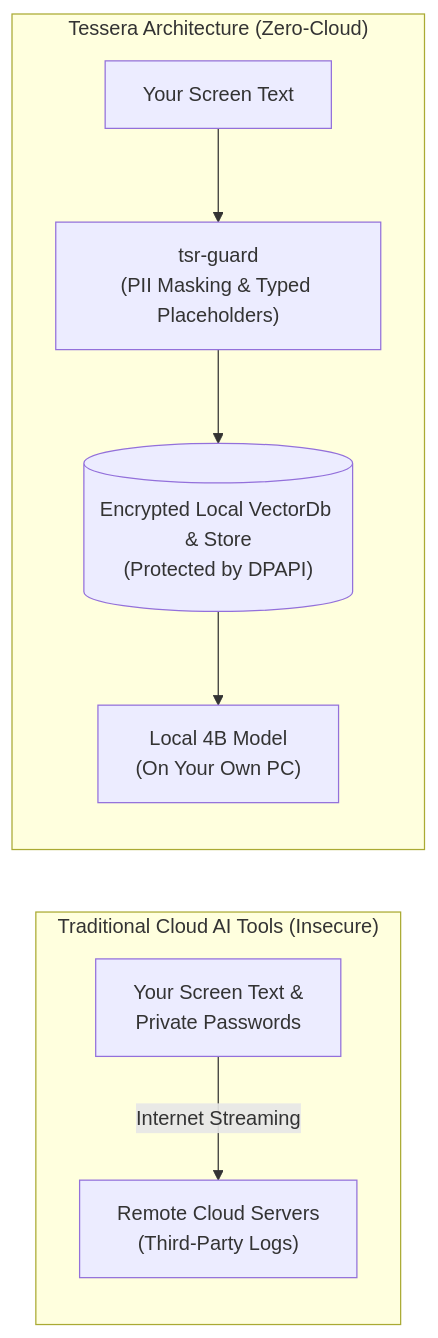
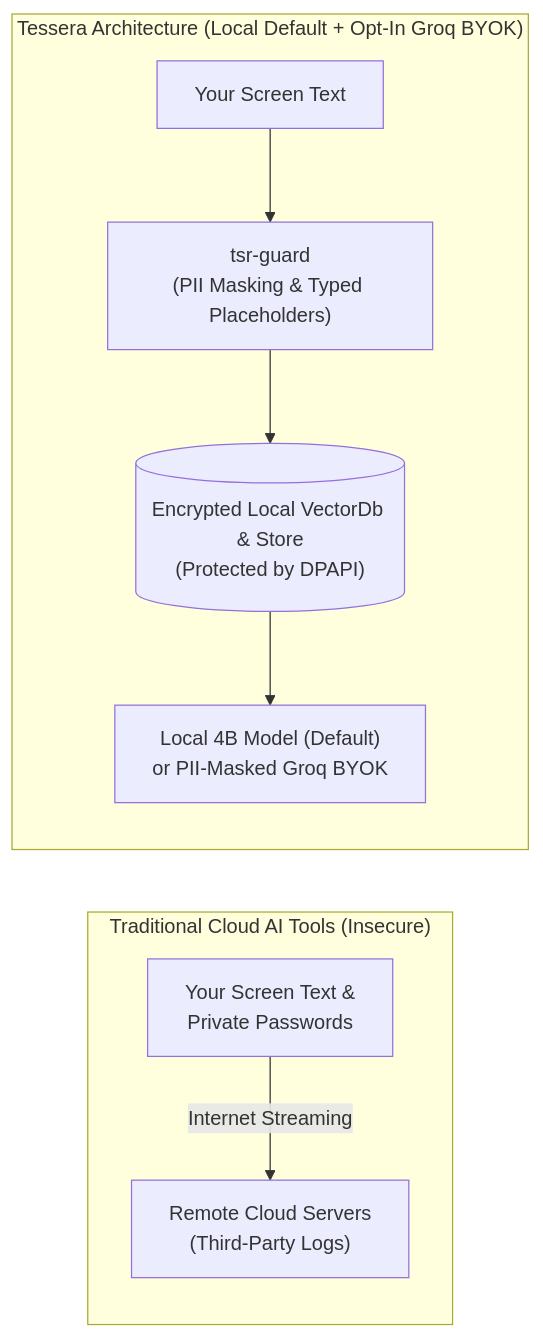
Before and after one commit to webex042/Tessera: the diagram in docs-site/privacy/index.md, drawn with Mermaid. The commit also changed other lines of this file and 61 other files, not shown here.

````diff
--- a/docs-site/privacy/index.md
+++ b/docs-site/privacy/index.md
@@ -16,12 +16,12 @@
 ```mermaid
 flowchart LR
     subgraph CLOUD ["Traditional Cloud AI Tools (Insecure)"]
         SCREEN1["Your Screen Text &\nPrivate Passwords"] --> |Internet Streaming| CLOUD_SERVER["Remote Cloud Servers\n(Third-Party Logs)"]
     end
 
-    subgraph TESSERA ["Tessera Architecture (Zero-Cloud)"]
+    subgraph TESSERA ["Tessera Architecture (Local Default + Opt-In Groq BYOK)"]
         SCREEN2["Your Screen Text"] --> REDACT["tsr-guard\n(PII Masking & Typed Placeholders)"]
         REDACT --> VAULT[("Encrypted Local VectorDb & Store\n(Protected by DPAPI)")]
-        VAULT --> LOCAL_MODEL["Local 4B Model\n(On Your Own PC)"]
+        VAULT --> LOCAL_MODEL["Local 4B Model (Default)\nor PII-Masked Groq BYOK"]
     end
 ```
````
